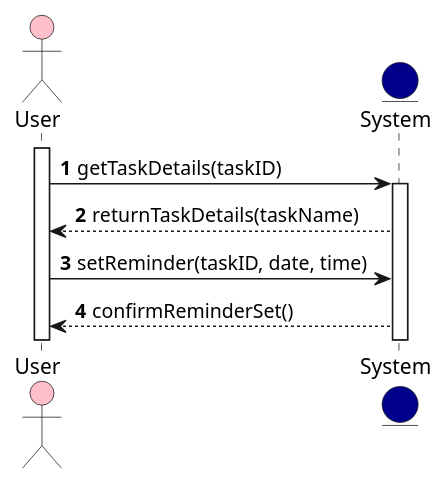
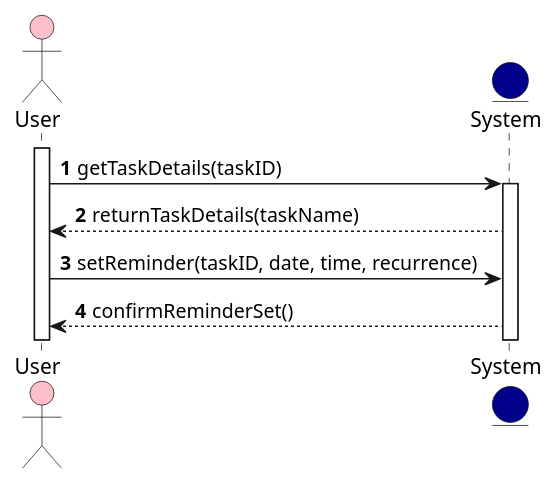
One commit to Wessam100/On-Time- changed the diagram in set reminder(d).puml. Above: the diagram before and after it, drawn with PlantUML. The commit also changed 2 other files, not shown here.

```diff
--- a/set reminder(d).puml
+++ b/set reminder(d).puml
@@ -1,14 +1,14 @@
 @startuml
 'https://plantuml.com/sequence-diagram
 
 autonumber
 
 actor User #Pink
 entity System #darkblue
 activate User
 User -> System: getTaskDetails(taskID)
 activate System
 System --> User: returnTaskDetails(taskName)
-User -> System: setReminder(taskID, date, time)
+User -> System: setReminder(taskID, date, time, recurrence)
 System --> User: confirmReminderSet()
 @enduml
```
